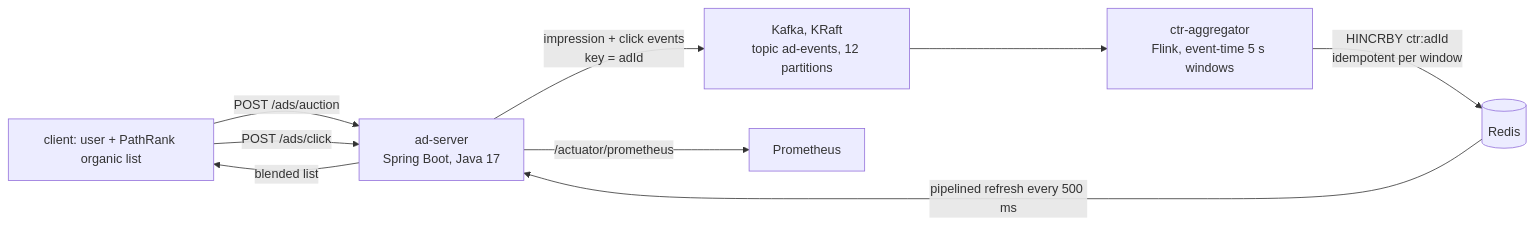
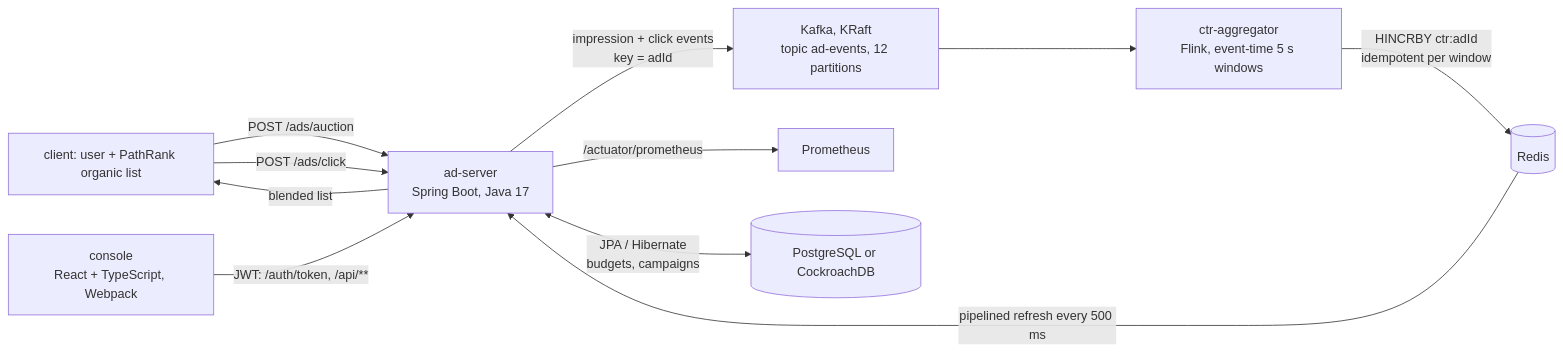
One commit to Rudra2122/pathrank changed the diagram in ads/README.md. Above: the diagram before and after it, drawn with Mermaid. The commit also changed other lines of this file and 97 other files, not shown here.

Commit message:
ads v2: JPA budgets on Postgres/CockroachDB, Java 21 virtual threads, Spring Security JWT, React console, measured results

````diff
--- a/ads/README.md
+++ b/ads/README.md
@@ -5,11 +5,13 @@
 ```mermaid
 flowchart LR
     U[client: user + PathRank organic list] -->|POST /ads/auction| S[ad-server<br/>Spring Boot, Java 17]
     S -->|blended list| U
     U -->|POST /ads/click| S
     S -->|impression + click events<br/>key = adId| K[Kafka, KRaft<br/>topic ad-events, 12 partitions]
     K --> F[ctr-aggregator<br/>Flink, event-time 5 s windows]
     F -->|HINCRBY ctr:adId<br/>idempotent per window| R[(Redis)]
     R -->|pipelined refresh every 500 ms| S
     S -->|/actuator/prometheus| P[Prometheus]
+    C[console<br/>React + TypeScript, Webpack] -->|JWT: /auth/token, /api/**| S
+    S <-->|JPA / Hibernate<br/>budgets, campaigns| D[(PostgreSQL or CockroachDB)]
 ```
````
